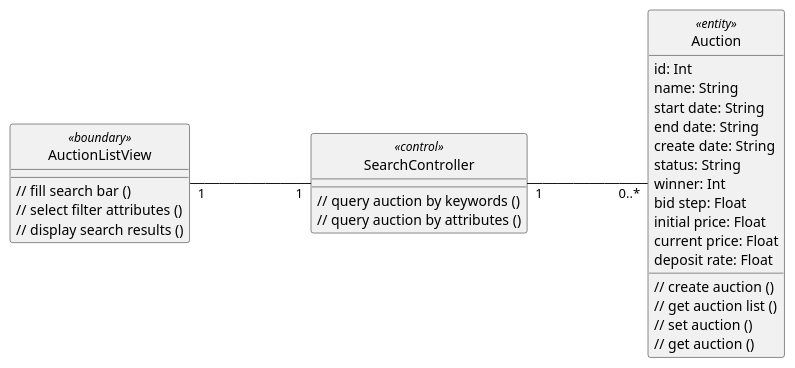
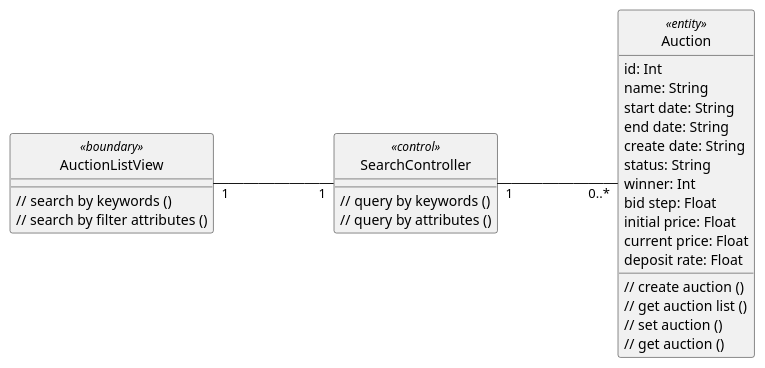
The diagram in uml/analysis/class/search_for_auction.pu (anhbanlinhle/velocity-exchange), drawn with PlantUML before and after one commit.

Commit message:
doc[lynn]: fix analysis UC 6

```diff
--- a/uml/analysis/class/search_for_auction.pu
+++ b/uml/analysis/class/search_for_auction.pu
@@ -1,46 +1,45 @@
 @startuml 
 skinparam classAttributeIconSize 0
 skinparam linetype ortho
 left to right direction
 hide circle
 class AuctionListView <<boundary>> {
 
-    // fill search bar ()
-    // select filter attributes ()
-    // display search results ()
+    // search by keywords ()
+    // search by filter attributes ()
 
     }
 
 class SearchController <<control>> {
     
-    // query auction by keywords ()
-    // query auction by attributes ()
+    // query by keywords ()
+    // query by attributes ()
 
     }
 
 class Auction <<entity>> {
     id: Int
     name: String
     start date: String
     end date: String
     create date: String
     status: String
     winner: Int
     bid step: Float
     initial price: Float
     current price: Float
     deposit rate: Float
     // create auction ()
     // get auction list ()
     // set auction ()
     // get auction ()
 
     }
 
 
 AuctionListView "1" --- "1" SearchController
 
 SearchController "1" --- "0..*" Auction
 
 
 @enduml
```
